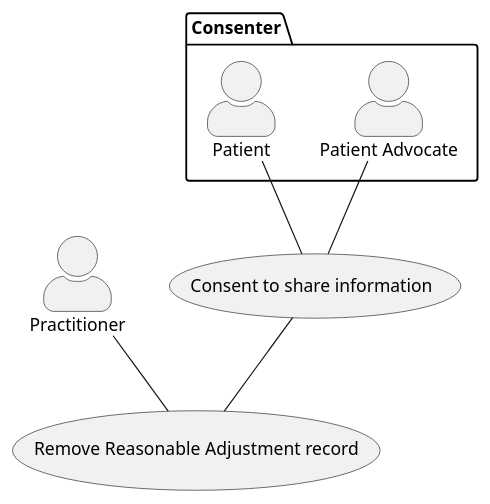
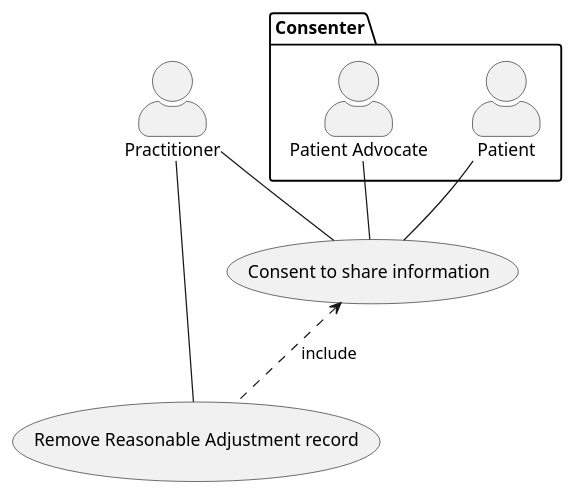
The diagram in input/images-source/remove-record-usecase.plantuml (NHSDigital/ra-sandbox), drawn with PlantUML before and after one commit.

```diff
--- a/input/images-source/remove-record-usecase.plantuml
+++ b/input/images-source/remove-record-usecase.plantuml
@@ -1,20 +1,21 @@
 @startuml
 
 skinparam actorStyle awesome
 
 actor Practitioner as pra
 package Consenter {
   actor "Patient Advocate" as pad
   actor Patient as pat
 }
 
 usecase  "Consent to share information" as CON
 usecase "Remove Reasonable Adjustment record" as RET
 
 pat -- CON
 pad -- CON
+pra -- CON
 pra -- RET
-CON -- RET
+CON <.. RET : include
 
 
 @enduml
```
